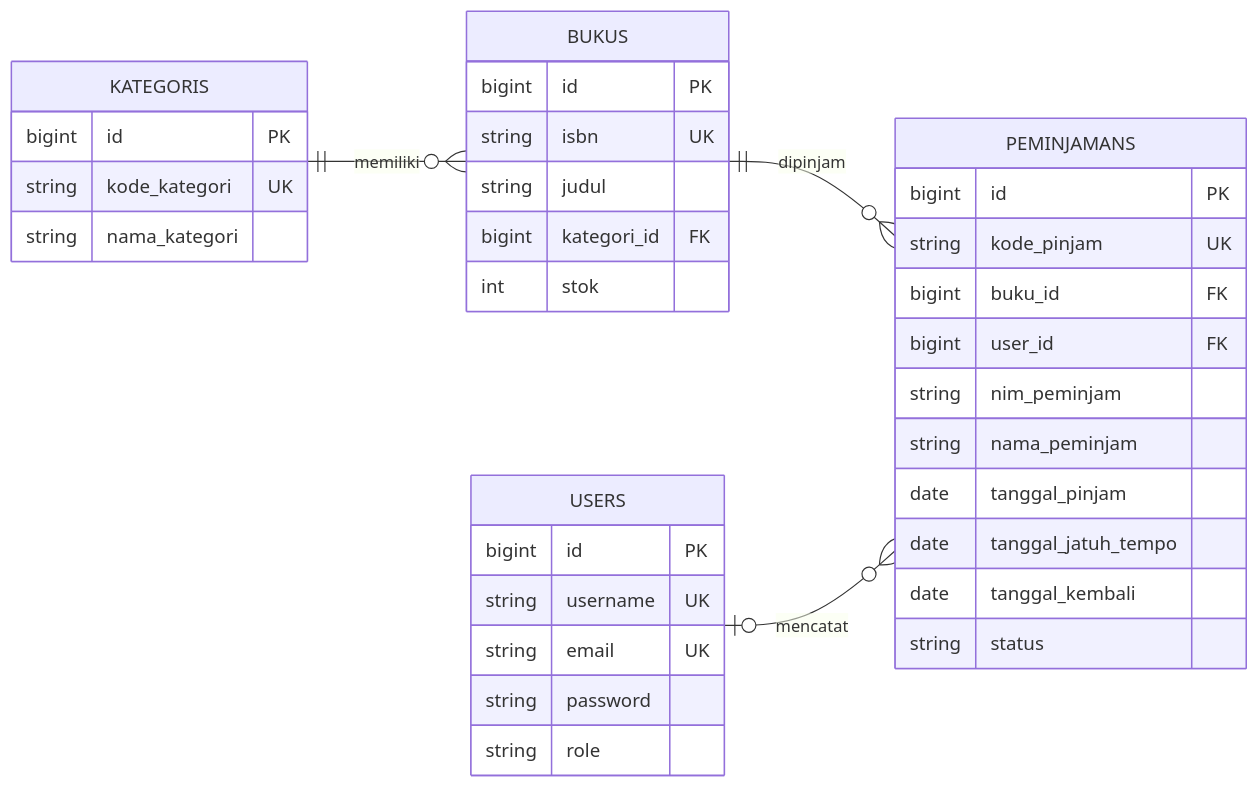
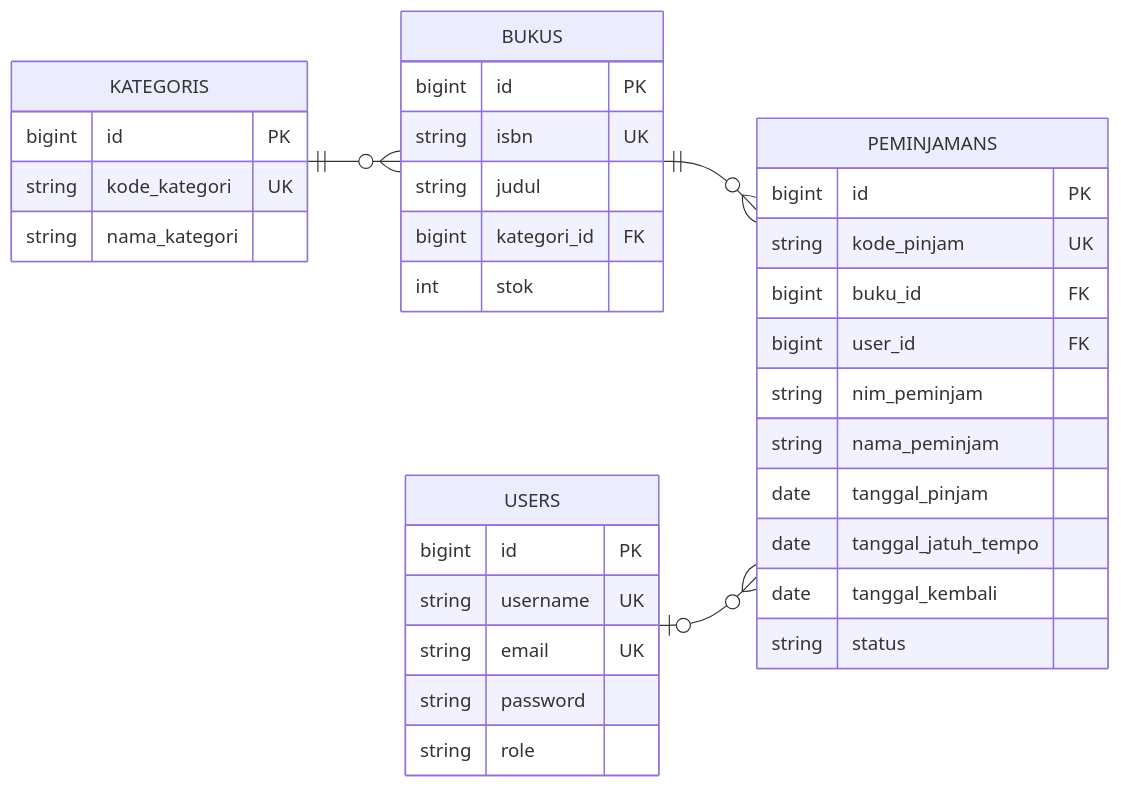
The diagram in README.md (FredrickAritonang/ppw-2026-week5-12S24001), drawn with Mermaid before and after one commit. The commit also changed other lines of this file, not shown here.

Commit message:
docs(readme): clear ERD relation labels and add relation table

````diff
--- a/README.md
+++ b/README.md
@@ -39,42 +39,42 @@
 ```mermaid
 erDiagram
     direction LR
-    KATEGORIS ||--o{ BUKUS : memiliki
-    BUKUS ||--o{ PEMINJAMANS : dipinjam
-    USERS |o--o{ PEMINJAMANS : mencatat
+    KATEGORIS ||--o{ BUKUS : ""
+    BUKUS ||--o{ PEMINJAMANS : ""
+    USERS |o--o{ PEMINJAMANS : ""
 
     KATEGORIS {
         bigint id PK
         string kode_kategori UK
         string nama_kategori
     }
 
     BUKUS {
         bigint id PK
         string isbn UK
         string judul
         bigint kategori_id FK
         int stok
     }
 
     PEMINJAMANS {
         bigint id PK
         string kode_pinjam UK
         bigint buku_id FK
         bigint user_id FK
         string nim_peminjam
         string nama_peminjam
         date tanggal_pinjam
         date tanggal_jatuh_tempo
         date tanggal_kembali
         string status
     }
 
     USERS {
         bigint id PK
         string username UK
         string email UK
         string password
         string role
     }
 ```
````
